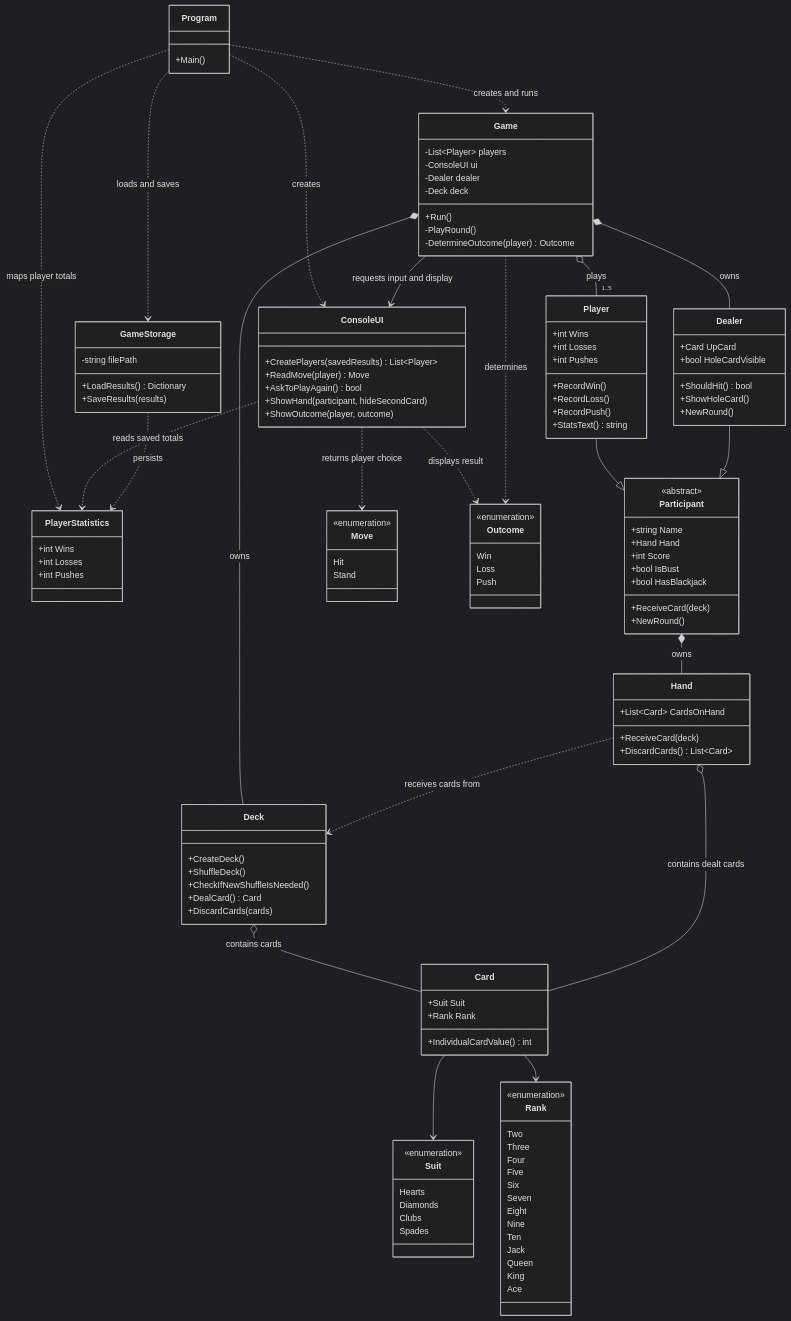
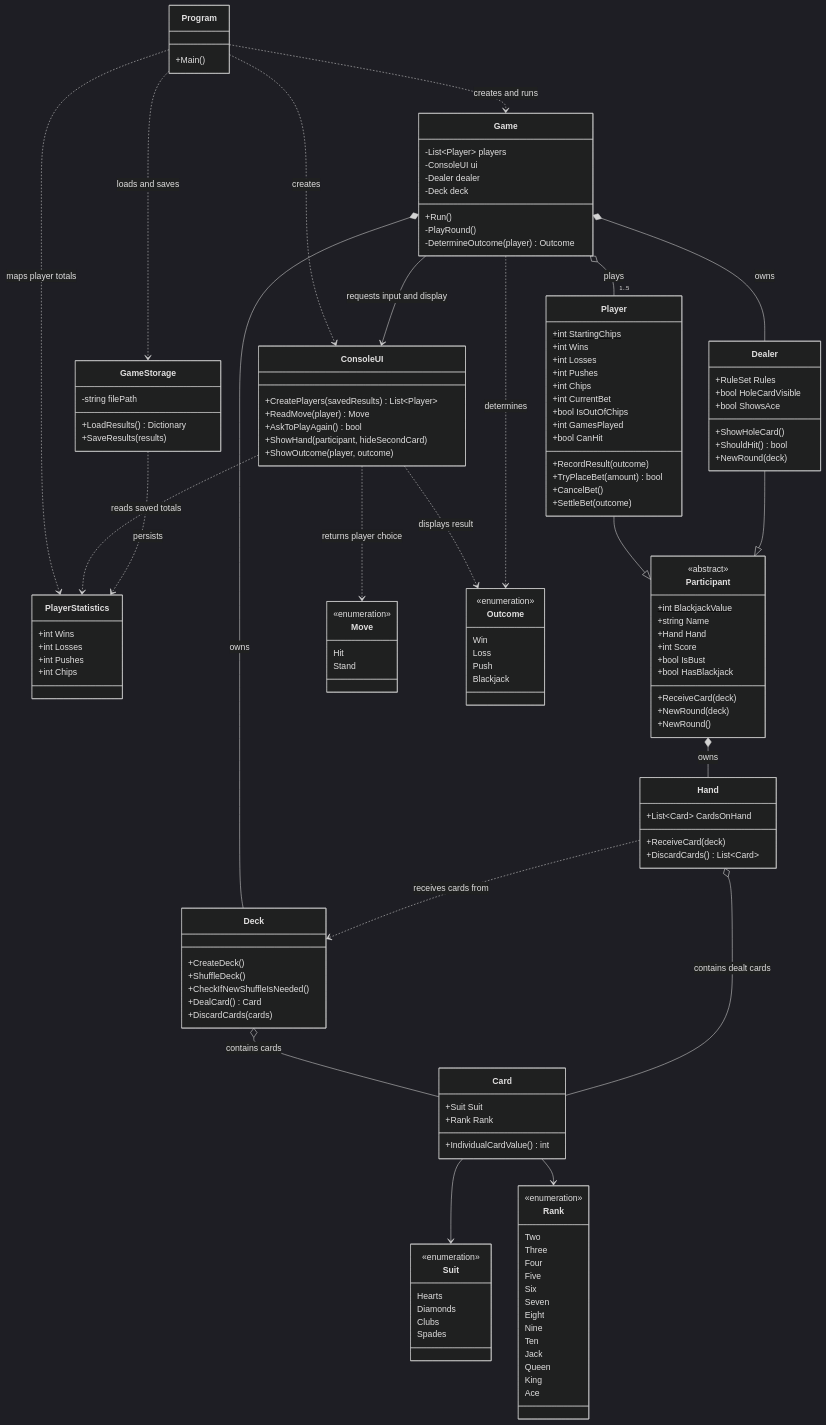
One commit to MalmoCodeLab/BlackJack-Console-Game changed the diagram in Uml.md. Above: the diagram before and after it, drawn with Mermaid (dark theme). The commit also changed 5 other files, not shown here.

```diff
--- a/Uml.md
+++ b/Uml.md
@@ -35,32 +35,42 @@
         +int Wins
         +int Losses
         +int Pushes
+        +int Chips
     }
     class Participant {
         <<abstract>>
+        +int BlackjackValue$
         +string Name
         +Hand Hand
         +int Score
         +bool IsBust
         +bool HasBlackjack
         +ReceiveCard(deck)
+        +NewRound(deck)
         +NewRound()
     }
     class Player {
+        +int StartingChips$
         +int Wins
         +int Losses
         +int Pushes
-        +RecordWin()
-        +RecordLoss()
-        +RecordPush()
-        +StatsText() string
+        +int Chips
+        +int CurrentBet
+        +bool IsOutOfChips
+        +int GamesPlayed
+        +bool CanHit
+        +RecordResult(outcome)
+        +TryPlaceBet(amount) bool
+        +CancelBet()
+        +SettleBet(outcome)
     }
     class Dealer {
-        +Card UpCard
+        +RuleSet Rules
         +bool HoleCardVisible
+        +bool ShowsAce
+        +ShowHoleCard()
         +ShouldHit() bool
-        +ShowHoleCard()
-        +NewRound()
+        +NewRound(deck)
     }
     class Deck {
         +CreateDeck()
@@ -112,6 +122,7 @@
         Win
         Loss
         Push
+        Blackjack
     }
 
     Program ..> ConsoleUI : creates
```
